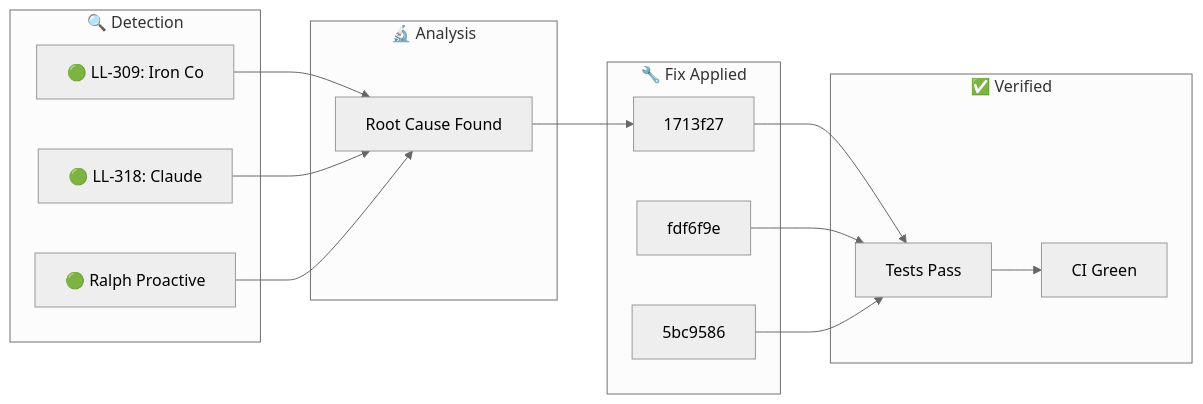
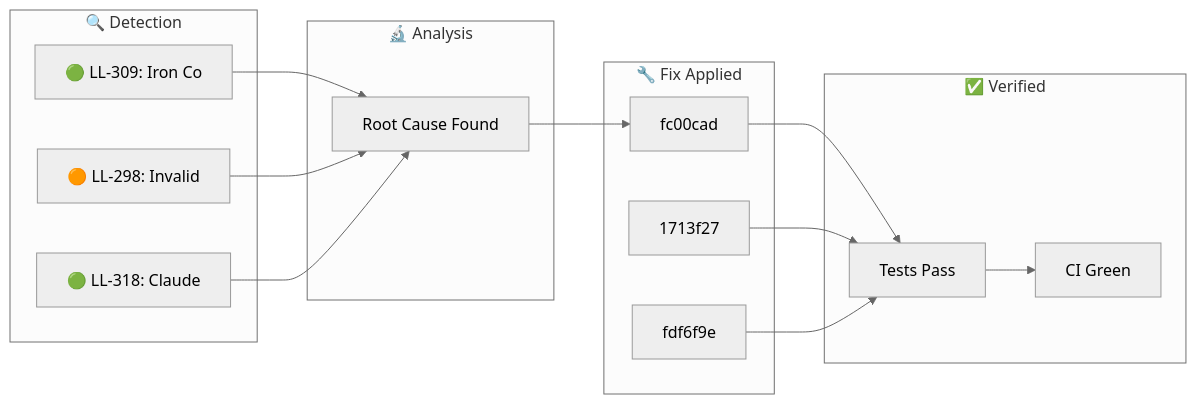
Before and after one commit to YoByron/trading: the diagram in docs/_posts/2026-01-28-ralph-discovery.md, drawn with Mermaid (neutral theme). The commit also changed other lines of this file, not shown here.

Commit message:
docs(ralph): Auto-publish discovery blog post

````diff
--- a/docs/_posts/2026-01-28-ralph-discovery.md
+++ b/docs/_posts/2026-01-28-ralph-discovery.md
@@ -17,28 +17,28 @@
 ```mermaid
 flowchart LR
     subgraph Detection["🔍 Detection"]
         D1["🟢 LL-309: Iron Co"]
-        D2["🟢 LL-318: Claude "]
-        D3["🟢 Ralph Proactive"]
+        D2["🟠 LL-298: Invalid"]
+        D3["🟢 LL-318: Claude "]
     end
     subgraph Analysis["🔬 Analysis"]
         A1["Root Cause Found"]
     end
     subgraph Fix["🔧 Fix Applied"]
-        F1["1713f27"]
-        F2["fdf6f9e"]
-        F3["5bc9586"]
+        F1["fc00cad"]
+        F2["1713f27"]
+        F3["fdf6f9e"]
     end
     subgraph Verify["✅ Verified"]
         V1["Tests Pass"]
         V2["CI Green"]
     end
     D1 --> A1
     D2 --> A1
     D3 --> A1
     A1 --> F1
     F1 --> V1
     F2 --> V1
     F3 --> V1
     V1 --> V2
 ```
````
